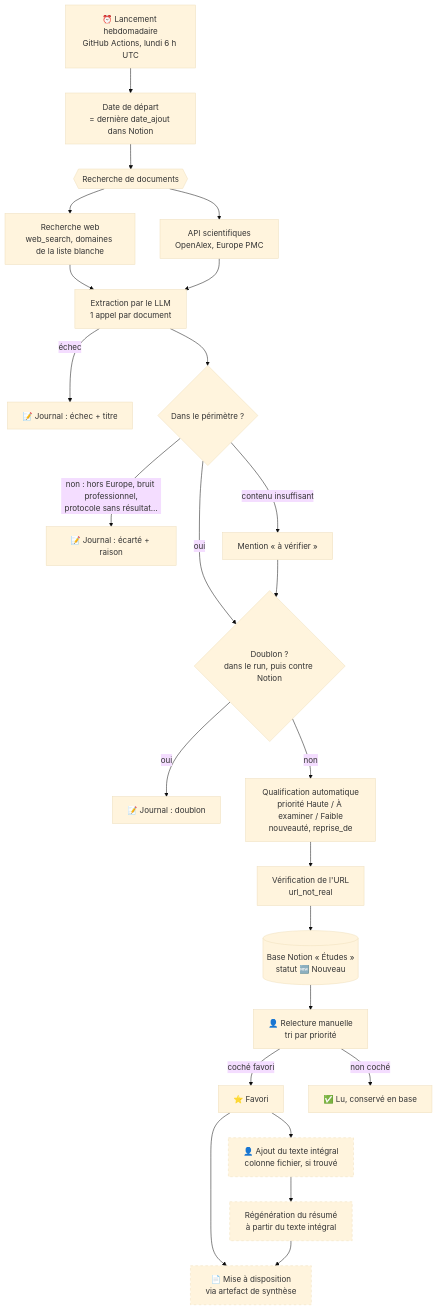
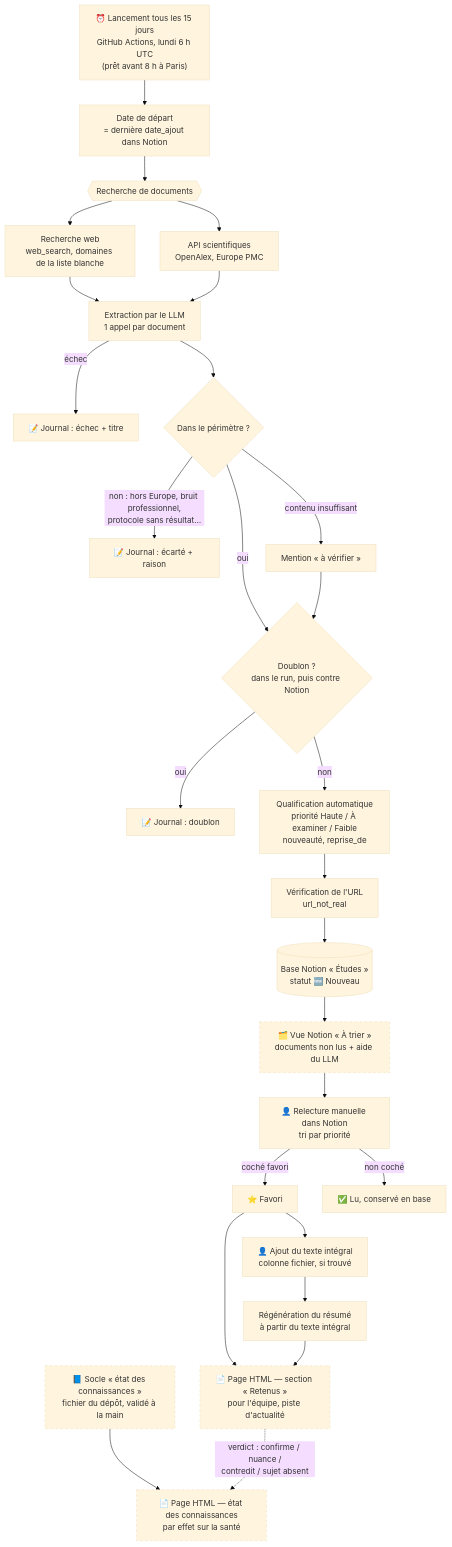
One commit to nantodevison/diagbruit.beta.gouv.fr changed the diagram in veille-bruit-sante/docs/workflow-veille.md. Above: the diagram before and after it, drawn with Mermaid (base theme). The commit also changed other lines of this file and 1 other file, not shown here.

Commit message:
docs(veille-bruit-sante): cadrage de l'artefact de synthèse (étape 5)

````diff
--- a/veille-bruit-sante/docs/workflow-veille.md
+++ b/veille-bruit-sante/docs/workflow-veille.md
@@ -7,31 +8,34 @@
 ```mermaid
 flowchart TD
-    GA["⏰ Lancement hebdomadaire<br/>GitHub Actions, lundi 6 h UTC"] --> DATE["Date de départ<br/>= dernière date_ajout dans Notion"]
+    GA["⏰ Lancement tous les 15 jours<br/>GitHub Actions, lundi 6 h UTC<br/>(prêt avant 8 h à Paris)"] --> DATE["Date de départ<br/>= dernière date_ajout dans Notion"]
     DATE --> RECH{{"Recherche de documents"}}
     RECH --> WEB["Recherche web<br/>web_search, domaines de la liste blanche"]
     RECH --> API["API scientifiques<br/>OpenAlex, Europe PMC"]
     WEB --> EXTR["Extraction par le LLM<br/>1 appel par document"]
     API --> EXTR
 
     EXTR -->|échec| LOG1["📝 Journal : échec + titre"]
     EXTR --> PERI{"Dans le périmètre ?"}
     PERI -->|"non : hors Europe, bruit professionnel,<br/>protocole sans résultat…"| LOG2["📝 Journal : écarté + raison"]
     PERI -->|"contenu insuffisant"| AVERIF["Mention « à vérifier »"]
     PERI -->|oui| DEDUP{"Doublon ?<br/>dans le run, puis contre Notion"}
     AVERIF --> DEDUP
     DEDUP -->|oui| LOG3["📝 Journal : doublon"]
     DEDUP -->|non| QUALIF["Qualification automatique<br/>priorité Haute / À examiner / Faible<br/>nouveauté, reprise_de"]
     QUALIF --> URL["Vérification de l'URL<br/>url_not_real"]
     URL --> NOTION[("Base Notion « Études »<br/>statut 🆕 Nouveau")]
 
-    NOTION --> TRI["👤 Relecture manuelle<br/>tri par priorité"]
+    NOTION --> ATRIER["🗂️ Vue Notion « À trier »<br/>documents non lus + aide du LLM"]
+    ATRIER --> TRI["👤 Relecture manuelle dans Notion<br/>tri par priorité"]
     TRI -->|"coché favori"| FAV["⭐ Favori"]
     TRI -->|"non coché"| LU["✅ Lu, conservé en base"]
     FAV --> FICHIER["👤 Ajout du texte intégral<br/>colonne fichier, si trouvé"]
     FICHIER --> REGEN["Régénération du résumé<br/>à partir du texte intégral"]
-    FAV --> ART["📄 Mise à disposition<br/>via artefact de synthèse"]
-    REGEN --> ART
+    FAV --> RETENUS["📄 Page HTML — section « Retenus »<br/>pour l'équipe, piste d'actualité"]
+    REGEN --> RETENUS
+    SOCLE["📘 Socle « état des connaissances »<br/>fichier du dépôt, validé à la main"] --> ETAT["📄 Page HTML — état des connaissances<br/>par effet sur la santé"]
+    RETENUS -.->|"verdict : confirme / nuance /<br/>contredit / sujet absent"| ETAT
 
     classDef aFaire stroke-dasharray: 5 5
-    class FICHIER,REGEN,ART aFaire
+    class ATRIER,RETENUS,SOCLE,ETAT aFaire
 ```
````
